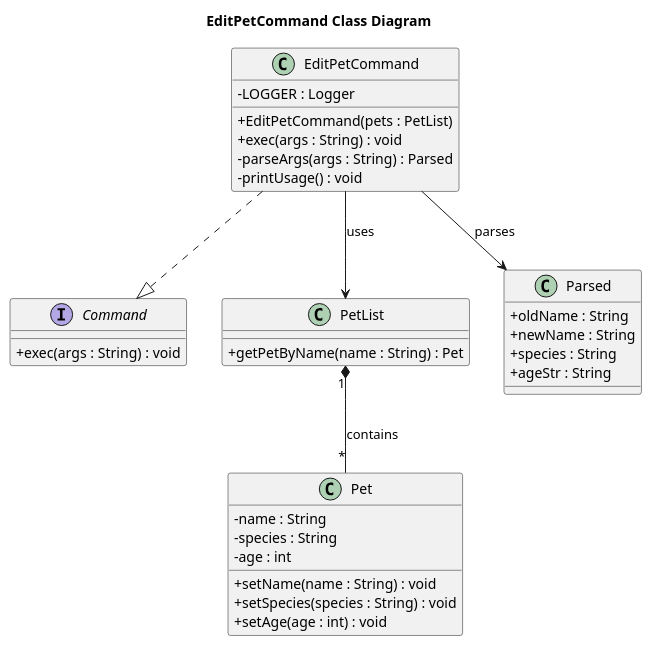
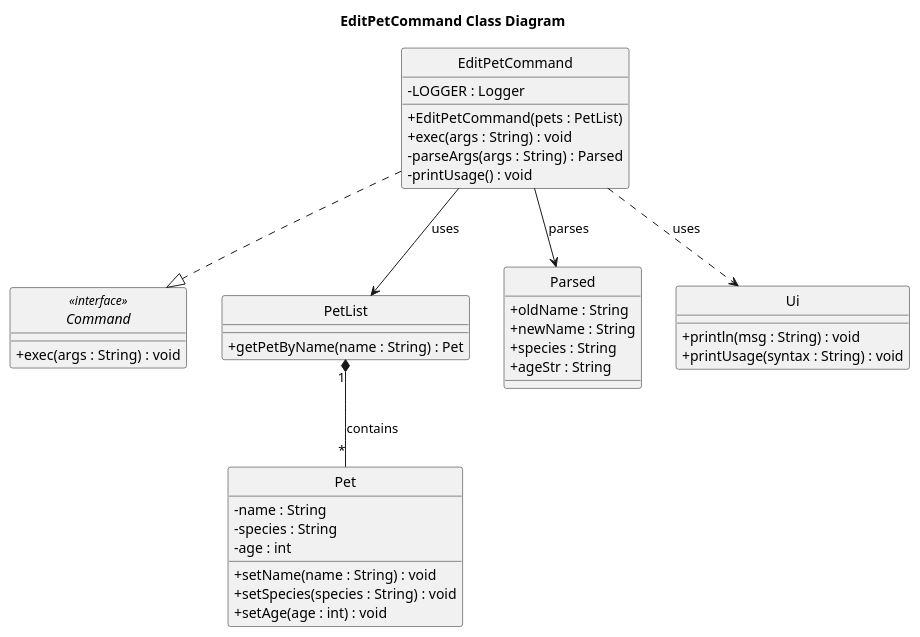
The diagram in docs/uml/EditPetCommand_Class_Diagram.puml (Kevin88866/tp), drawn with PlantUML before and after one commit. The commit also changed 19 other files, not shown here.

First line of the commit message:
update class and sequence diagram of listpet, mark/unmarktreatments, edit pet, group treatments by type

```diff
--- a/docs/uml/EditPetCommand_Class_Diagram.puml
+++ b/docs/uml/EditPetCommand_Class_Diagram.puml
@@ -1,42 +1,47 @@
 @startuml
 skinparam classAttributeIconSize 0
 title EditPetCommand Class Diagram
+hide circle
 
-interface Command {
+interface Command <<interface>>{
   +exec(args : String) : void
 }
 
 class EditPetCommand {
   -LOGGER : Logger
   +EditPetCommand(pets : PetList)
   +exec(args : String) : void
   -parseArgs(args : String) : Parsed
   -printUsage() : void
 }
 
 class PetList {
   +getPetByName(name : String) : Pet
 }
 
 class Pet {
   -name : String
   -species : String
   -age : int
   +setName(name : String) : void
   +setSpecies(species : String) : void
   +setAge(age : int) : void
 }
 
 class Parsed {
   +oldName : String
   +newName : String
   +species : String
   +ageStr : String
 }
 
 EditPetCommand ..|> Command
 EditPetCommand --> PetList : uses
 PetList "1" *-- "*" Pet : contains
 EditPetCommand --> Parsed : parses
-
+class Ui {
+  +println(msg : String) : void
+  +printUsage(syntax : String) : void
+}
+EditPetCommand ..> Ui : uses
 @enduml
```
